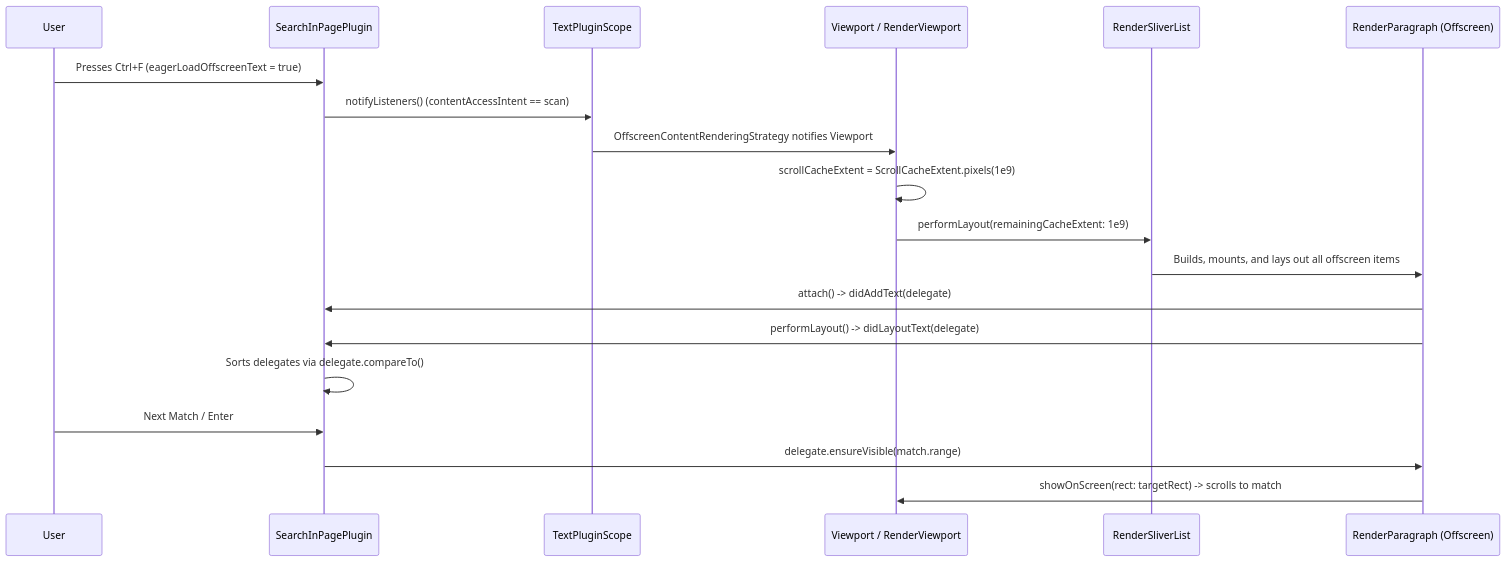
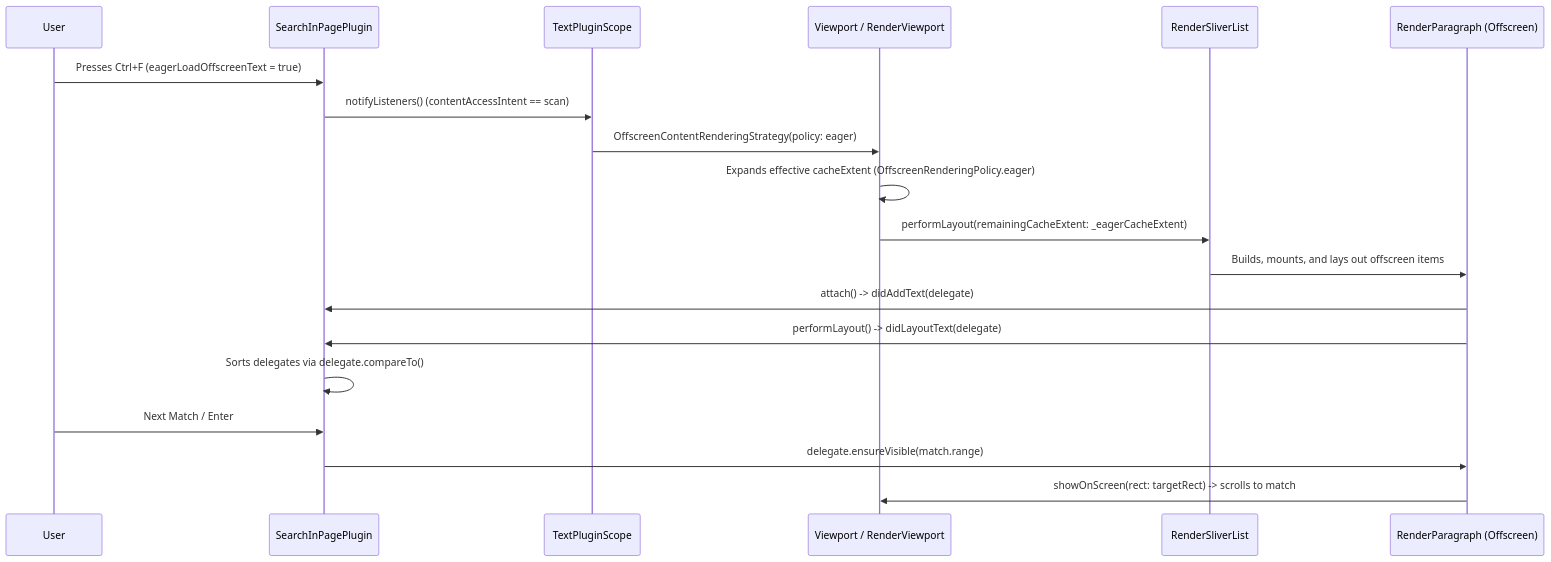
Before and after one commit to hannah-hyj/flutter: the third of 3 diagrams in text_plugins_design_doc.md, drawn with Mermaid. The commit also changed other lines of this file and 5 other files, not shown here.

Commit message:
add _selectionHighlightPlugin, adjust mermaid

````diff
--- a/text_plugins_design_doc.md
+++ b/text_plugins_design_doc.md
@@ -506,22 +526,22 @@
 ```mermaid
 sequenceDiagram
     participant User
     participant Plugin as SearchInPagePlugin
     participant Scope as TextPluginScope
     participant VP as Viewport / RenderViewport
     participant Sliver as RenderSliverList
     participant Para as RenderParagraph (Offscreen)
 
     User->>Plugin: Presses Ctrl+F (eagerLoadOffscreenText = true)
     Plugin->>Scope: notifyListeners() (contentAccessIntent == scan)
-    Scope->>VP: OffscreenContentRenderingStrategy notifies Viewport
-    VP->>VP: scrollCacheExtent = ScrollCacheExtent.pixels(1e9)
-    VP->>Sliver: performLayout(remainingCacheExtent: 1e9)
-    Sliver->>Para: Builds, mounts, and lays out all offscreen items
+    Scope->>VP: OffscreenContentRenderingStrategy(policy: eager)
+    VP->>VP: Expands effective cacheExtent (OffscreenRenderingPolicy.eager)
+    VP->>Sliver: performLayout(remainingCacheExtent: _eagerCacheExtent)
+    Sliver->>Para: Builds, mounts, and lays out offscreen items
     Para->>Plugin: attach() -> didAddText(delegate)
     Para->>Plugin: performLayout() -> didLayoutText(delegate)
     Plugin->>Plugin: Sorts delegates via delegate.compareTo()
     User->>Plugin: Next Match / Enter
     Plugin->>Para: delegate.ensureVisible(match.range)
     Para->>VP: showOnScreen(rect: targetRect) -> scrolls to match
 ```
````
